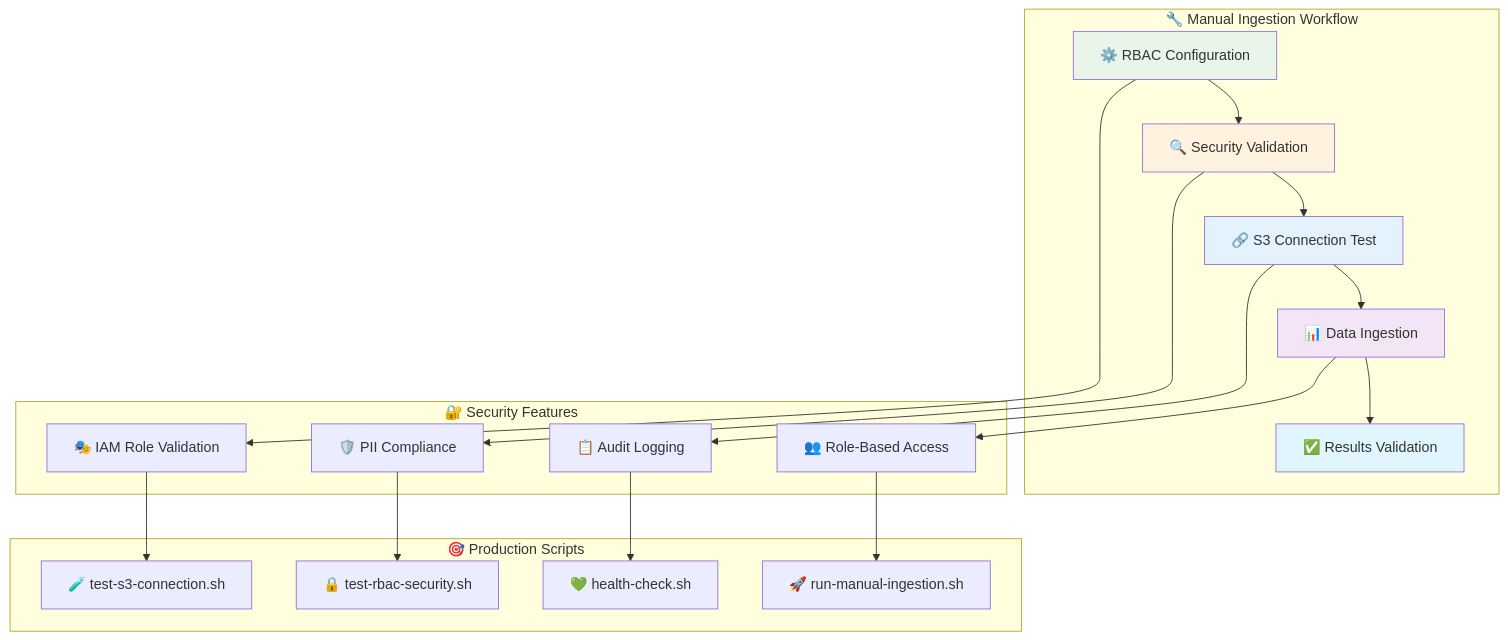
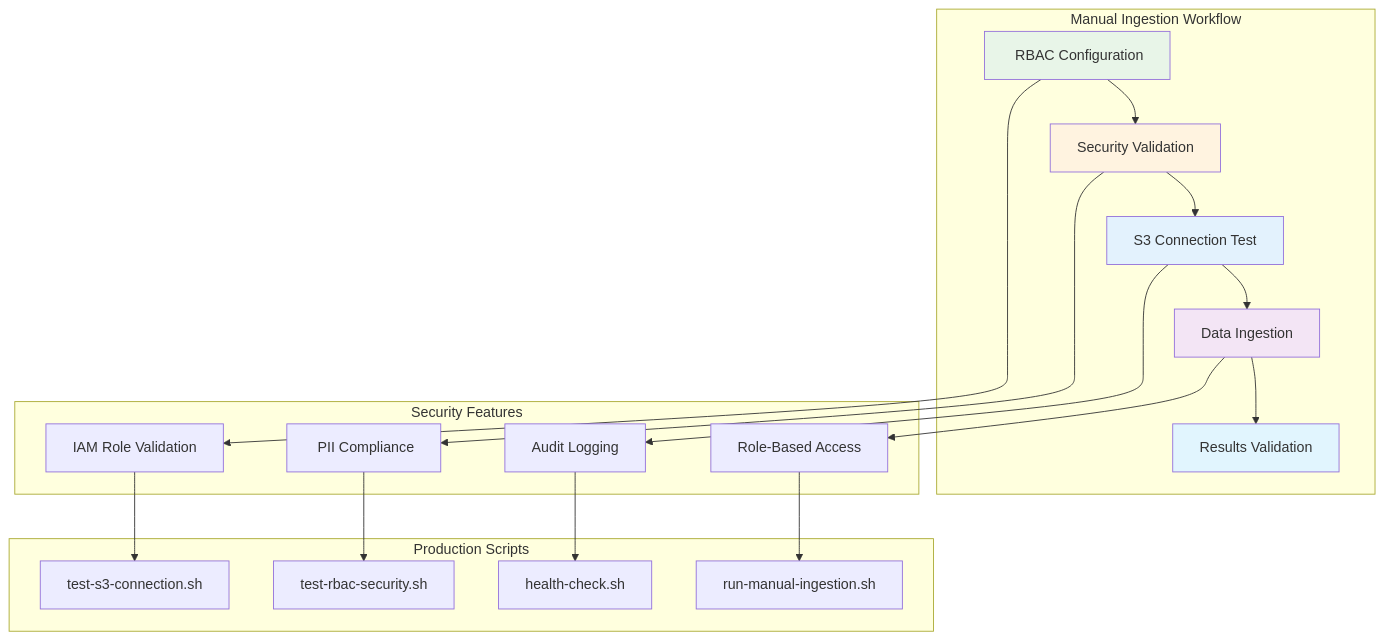
Before and after one commit to Monsau/S3connectorplaybook: the second of 12 diagrams in README.md, drawn with Mermaid. The commit also changed other lines of this file and 4 other files, not shown here.

````diff
--- a/README.md
+++ b/README.md
@@ -212,39 +212,39 @@
 ```mermaid
 graph TB
-    subgraph "🔧 Manual Ingestion Workflow"
-        Config[⚙️ RBAC Configuration] --> Validate[🔍 Security Validation]
-        Validate --> Connect[🔗 S3 Connection Test]
-        Connect --> Ingest[📊 Data Ingestion]
-        Ingest --> Verify[✅ Results Validation]
+    subgraph " Manual Ingestion Workflow"
+        Config[️ RBAC Configuration] --> Validate[ Security Validation]
+        Validate --> Connect[ S3 Connection Test]
+        Connect --> Ingest[ Data Ingestion]
+        Ingest --> Verify[ Results Validation]
     end
     
-    subgraph "🔐 Security Features"
-        IAM[🎭 IAM Role Validation]
-        PII[🛡️ PII Compliance]
-        Audit[📋 Audit Logging]
-        RBAC[👥 Role-Based Access]
+    subgraph " Security Features"
+        IAM[ IAM Role Validation]
+        PII[️ PII Compliance]
+        Audit[ Audit Logging]
+        RBAC[ Role-Based Access]
     end
     
-    subgraph "🎯 Production Scripts"
-        ConnTest[🧪 test-s3-connection.sh]
-        RBACTest[🔒 test-rbac-security.sh]
-        ManualRun[🚀 run-manual-ingestion.sh]
-        HealthCheck[💚 health-check.sh]
+    subgraph " Production Scripts"
+        ConnTest[ test-s3-connection.sh]
+        RBACTest[ test-rbac-security.sh]
+        ManualRun[ run-manual-ingestion.sh]
+        HealthCheck[ health-check.sh]
     end
     
     Config --> IAM
     Validate --> PII
     Connect --> Audit
     Ingest --> RBAC
     
     IAM --> ConnTest
     PII --> RBACTest
     RBAC --> ManualRun
     Audit --> HealthCheck
     
     style Config fill:#e8f5e8
     style Validate fill:#fff3e0
     style Connect fill:#e3f2fd
     style Ingest fill:#f3e5f5
     style Verify fill:#e1f5fe
 ```
````
